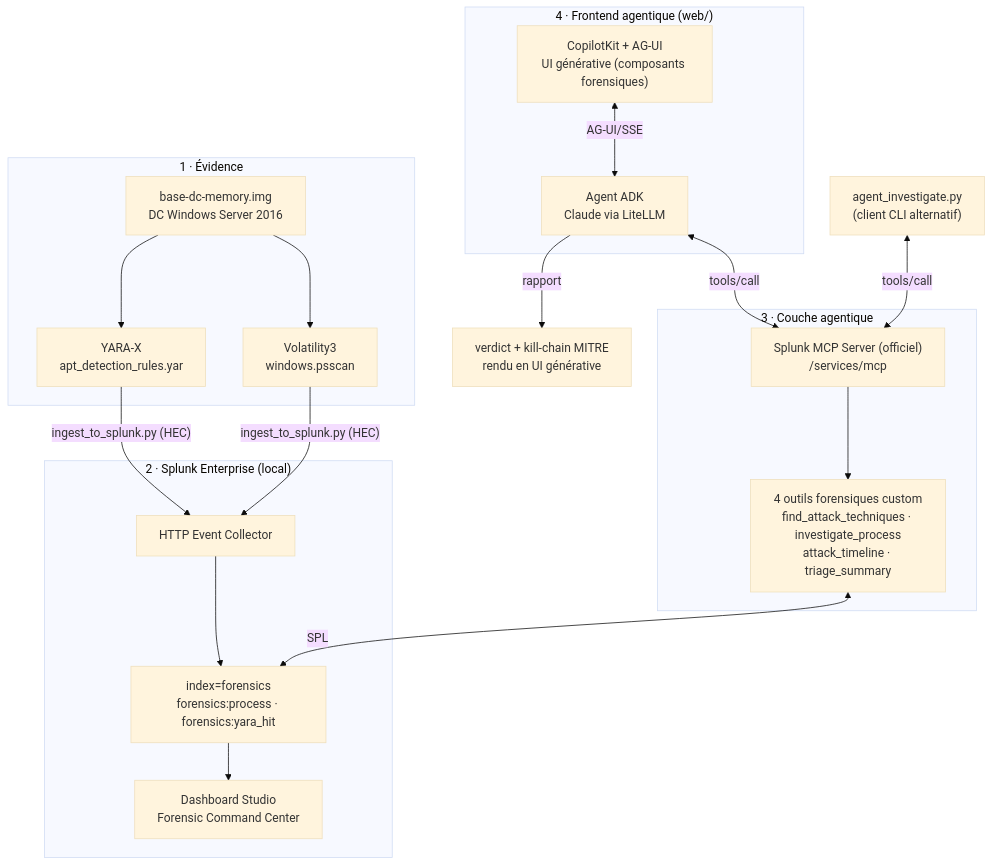
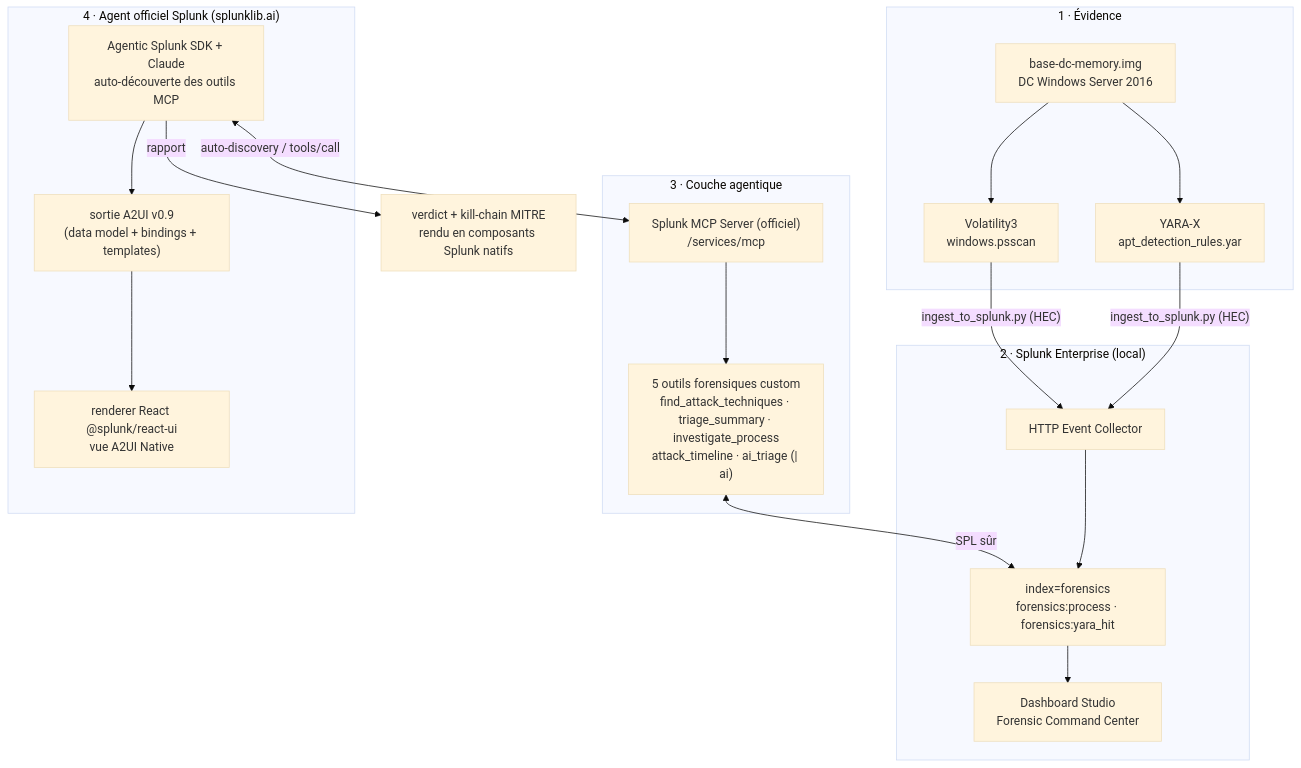
The diagram in README.md (julien2613/find-evil-splunk), drawn with Mermaid (base theme) before and after one commit. The commit also changed other lines of this file and 26 other files, not shown here.

First line of the commit message:
Recentrage sur l'agent officiel Splunk (splunklib.ai) — suppression des surfaces alternatives

````diff
--- a/README.md
+++ b/README.md
@@ -18,30 +18,30 @@
 ```mermaid
 flowchart TB
     subgraph EV["1 · Évidence"]
         IMG["base-dc-memory.img<br/>DC Windows Server 2016"]
         YARA["YARA-X<br/>apt_detection_rules.yar"]
         VOL["Volatility3<br/>windows.psscan"]
         IMG --> YARA & VOL
     end
     subgraph SPL["2 · Splunk Enterprise (local)"]
         HEC["HTTP Event Collector"]
         IDX["index=forensics<br/>forensics:process · forensics:yara_hit"]
         DASH["Dashboard Studio<br/>Forensic Command Center"]
         HEC --> IDX --> DASH
     end
     subgraph AG["3 · Couche agentique"]
         MCP["Splunk MCP Server (officiel)<br/>/services/mcp"]
-        TOOLS["4 outils forensiques custom<br/>find_attack_techniques · investigate_process<br/>attack_timeline · triage_summary"]
+        TOOLS["5 outils forensiques custom<br/>find_attack_techniques · triage_summary · investigate_process<br/>attack_timeline · ai_triage (| ai)"]
         MCP --> TOOLS
     end
-    subgraph UI["4 · Frontend agentique (web/)"]
-        AGENT["Agent ADK<br/>Claude via LiteLLM"]
-        FE["CopilotKit + AG-UI<br/>UI générative (composants forensiques)"]
-        FE <-->|AG-UI/SSE| AGENT
+    subgraph AGENT["4 · Agent officiel Splunk (splunklib.ai)"]
+        SDK["Agentic Splunk SDK + Claude<br/>auto-découverte des outils MCP"]
+        A2["sortie A2UI v0.9<br/>(data model + bindings + templates)"]
+        REACT["renderer React @splunk/react-ui<br/>vue A2UI Native"]
+        SDK --> A2 --> REACT
     end
     YARA & VOL -->|"ingest_to_splunk.py (HEC)"| HEC
-    TOOLS <-->|SPL| IDX
-    AGENT <-->|tools/call| MCP
-    CLI["agent_investigate.py<br/>(client CLI alternatif)"] <-->|tools/call| MCP
-    AGENT -->|rapport| OUT["verdict + kill-chain MITRE<br/>rendu en UI générative"]
+    TOOLS <-->|SPL sûr| IDX
+    SDK <-->|"auto-discovery / tools/call"| MCP
+    SDK -->|rapport| OUT["verdict + kill-chain MITRE<br/>rendu en composants Splunk natifs"]
 ```
````
